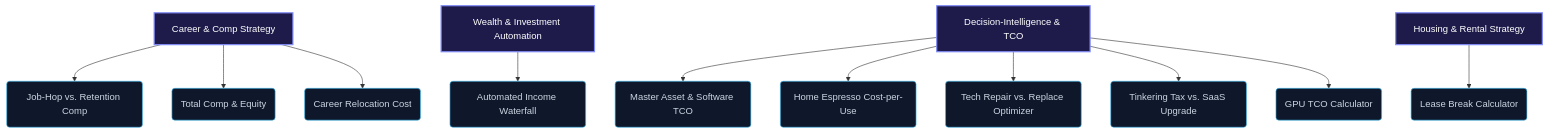
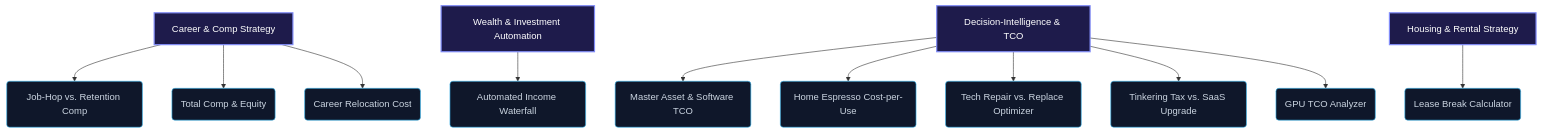
The diagram in giniloh_calculators.md (kotechile/giniloh), drawn with Mermaid before and after one commit. The commit also changed other lines of this file and 3 other files, not shown here.

Commit message:
Refactor: Rename GPU TCO Calculator to GPU TCO Analyzer

````diff
--- a/giniloh_calculators.md
+++ b/giniloh_calculators.md
@@ -9,19 +9,19 @@
 ```mermaid
 graph TD
     classDef category fill:#1e1b4b,stroke:#818cf8,stroke-width:2px,color:#fff;
     classDef tool fill:#0f172a,stroke:#38bdf8,stroke-width:1px,color:#cbd5e1;
 
     C1[Career & Comp Strategy]:::category --> T1(Job-Hop vs. Retention Comp):::tool
     C1 --> T2(Total Comp & Equity):::tool
     C1 --> T3(Career Relocation Cost):::tool
 
     C2[Wealth & Investment Automation]:::category --> T4(Automated Income Waterfall):::tool
 
     C3[Decision-Intelligence & TCO]:::category --> T5(Master Asset & Software TCO):::tool
     C3 --> T6(Home Espresso Cost-per-Use):::tool
     C3 --> T7(Tech Repair vs. Replace Optimizer):::tool
     C3 --> T8(Tinkering Tax vs. SaaS Upgrade):::tool
-    C3 --> T9(GPU TCO Calculator):::tool
+    C3 --> T9(GPU TCO Analyzer):::tool
 
     C4[Housing & Rental Strategy]:::category --> T10(Lease Break Calculator):::tool
 ```
````
